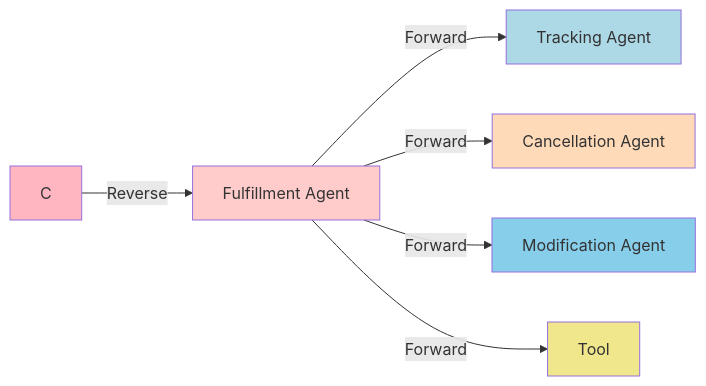
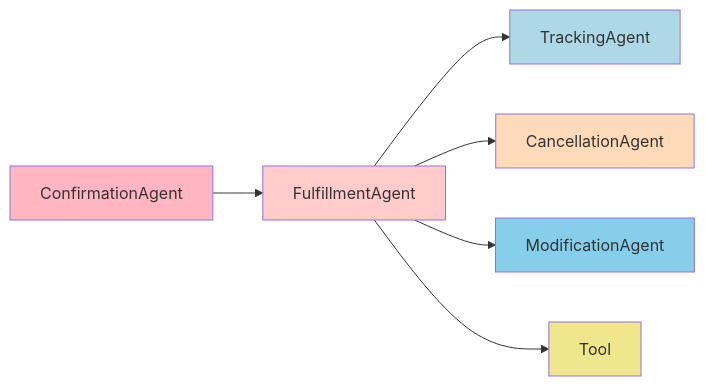
The seventh of 13 diagrams in arch/bap-state-machine.md (beckn/transactional-ai-bap), drawn with Mermaid before and after one commit. The commit also changed other lines of this file, not shown here.

````diff
--- a/arch/bap-state-machine.md
+++ b/arch/bap-state-machine.md
@@ -253,15 +258,16 @@
 ```mermaid
 graph LR
-    F[Fulfillment Agent] -->|Forward| T[Tracking Agent]
-    F -->|Forward| CA[Cancellation Agent]
-    F -->|Forward| M[Modification Agent]
-    F -->|Forward| Tool
-    C -->|Reverse| F
+    FulfillmentAgent --> TrackingAgent
+    FulfillmentAgent --> CancellationAgent
+    FulfillmentAgent --> ModificationAgent
+    FulfillmentAgent --> Tool
+    ConfirmationAgent --> FulfillmentAgent
 
-    style F fill:#ffcccb
-    style T fill:#add8e6
-    style CA fill:#ffdab9
-    style M fill:#87ceeb
-    style C fill:#ffb6c1
+    style FulfillmentAgent fill:#ffcccb
+    style TrackingAgent fill:#add8e6
+    style CancellationAgent fill:#ffdab9
+    style ModificationAgent fill:#87ceeb
+    style ConfirmationAgent fill:#ffb6c1
     style Tool fill:#f0e68c
+
 ```
````
